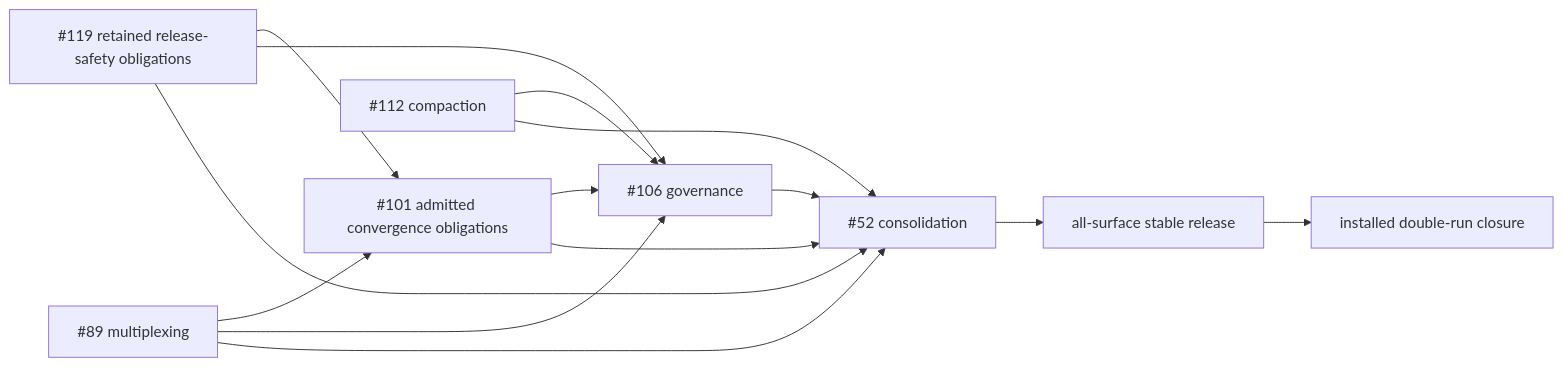
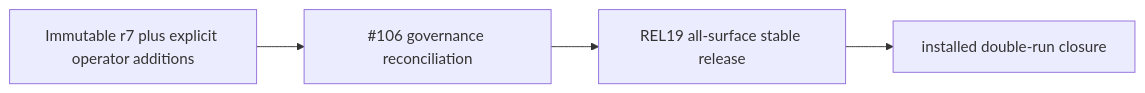
One commit to Startempire-Wire/focusa changed the second of 2 diagrams in docs/153-focusa-locked-release-repair-task-graph.md. Above: the diagram before and after it, drawn with Mermaid. The commit also changed other lines of this file and 1 other file, not shown here.

Commit message:
docs: reduce release graph to authorized repair

````diff
--- a/docs/153-focusa-locked-release-repair-task-graph.md
+++ b/docs/153-focusa-locked-release-repair-task-graph.md
@@ -207,25 +202,11 @@
 ```mermaid
 flowchart LR
-  L119[#119 retained release-safety obligations]
-  M89[#89 multiplexing]
-  C101[#101 admitted convergence obligations]
-  P112[#112 compaction]
-  G106[#106 governance]
-  O52[#52 consolidation]
-  REL[all-surface stable release]
+  R7[Immutable r7 plus explicit operator additions]
+  G106[#106 governance reconciliation]
+  REL[REL19 all-surface stable release]
   FINAL[installed double-run closure]
 
-  L119 --> C101
-  M89 --> C101
-  L119 --> G106
-  M89 --> G106
-  C101 --> G106
-  P112 --> G106
-  G106 --> O52
-  L119 --> O52
-  M89 --> O52
-  C101 --> O52
-  P112 --> O52
-  O52 --> REL
+  R7 --> G106
+  G106 --> REL
   REL --> FINAL
 ```
````
